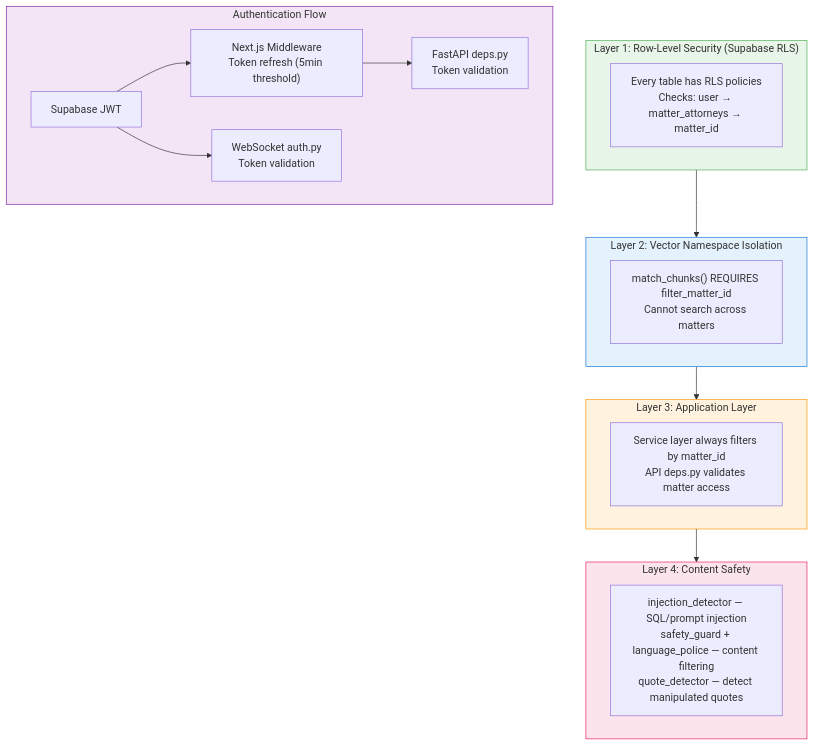
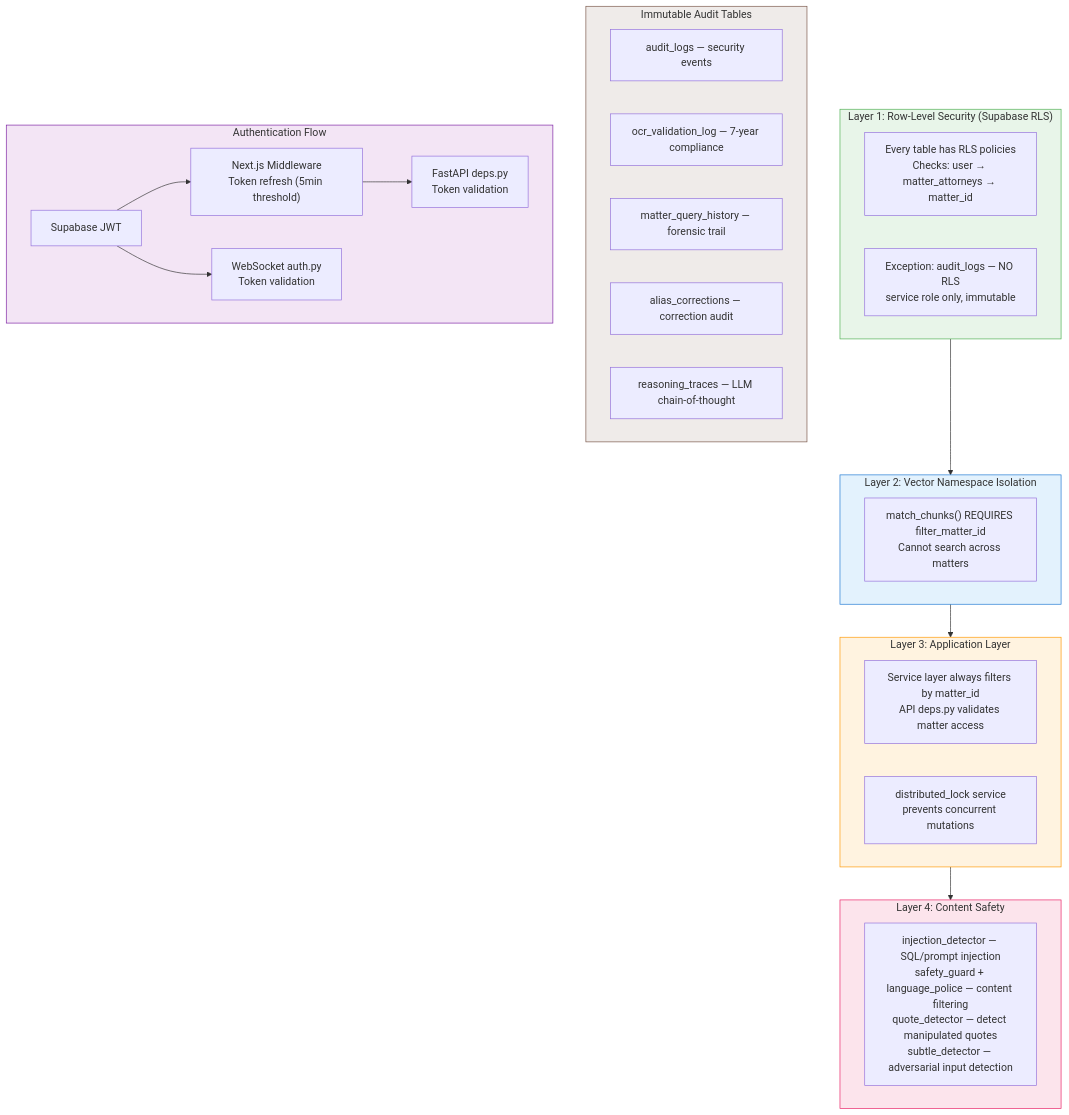
One commit to juhinebhnani4/LDIP changed diagram 11 of 11 in docs/architecture-diagrams.md. Above: the diagram before and after it, drawn with Mermaid. The commit also changed other lines of this file, not shown here.

First line of the commit message:
docs: update architecture diagrams with full codebase coverage

````diff
--- a/docs/architecture-diagrams.md
+++ b/docs/architecture-diagrams.md
@@ -748,35 +1063,46 @@
 ```mermaid
 graph TB
     subgraph LAYER1["Layer 1: Row-Level Security (Supabase RLS)"]
         RLS["Every table has RLS policies<br/>Checks: user → matter_attorneys → matter_id"]
+        NO_RLS["Exception: audit_logs — NO RLS<br/>service role only, immutable"]
     end
 
     subgraph LAYER2["Layer 2: Vector Namespace Isolation"]
         VNS["match_chunks() REQUIRES filter_matter_id<br/>Cannot search across matters"]
     end
 
     subgraph LAYER3["Layer 3: Application Layer"]
         APP["Service layer always filters by matter_id<br/>API deps.py validates matter access"]
+        LOCK["distributed_lock service<br/>prevents concurrent mutations"]
     end
 
     subgraph LAYER4["Layer 4: Content Safety"]
-        SAFETY2["injection_detector — SQL/prompt injection<br/>safety_guard + language_police — content filtering<br/>quote_detector — detect manipulated quotes"]
+        SAFETY2["injection_detector — SQL/prompt injection<br/>safety_guard + language_police — content filtering<br/>quote_detector — detect manipulated quotes<br/>subtle_detector — adversarial input detection"]
+    end
+
+    subgraph IMMUTABLE["Immutable Audit Tables"]
+        IMM_AUDIT["audit_logs — security events"]
+        IMM_OCR["ocr_validation_log — 7-year compliance"]
+        IMM_QUERY["matter_query_history — forensic trail"]
+        IMM_ALIAS["alias_corrections — correction audit"]
+        IMM_REASON["reasoning_traces — LLM chain-of-thought"]
     end
 
     subgraph AUTH_FLOW["Authentication Flow"]
         JWT["Supabase JWT"]
         MW["Next.js Middleware<br/>Token refresh (5min threshold)"]
         API_AUTH["FastAPI deps.py<br/>Token validation"]
         WS_AUTH["WebSocket auth.py<br/>Token validation"]
     end
 
     LAYER1 --> LAYER2 --> LAYER3 --> LAYER4
     JWT --> MW --> API_AUTH
     JWT --> WS_AUTH
 
     style LAYER1 fill:#e8f5e9,stroke:#4CAF50
     style LAYER2 fill:#e3f2fd,stroke:#1976D2
     style LAYER3 fill:#fff3e0,stroke:#FF9800
     style LAYER4 fill:#fce4ec,stroke:#E91E63
+    style IMMUTABLE fill:#efebe9,stroke:#795548
     style AUTH_FLOW fill:#f3e5f5,stroke:#7B1FA2
 ```
````
